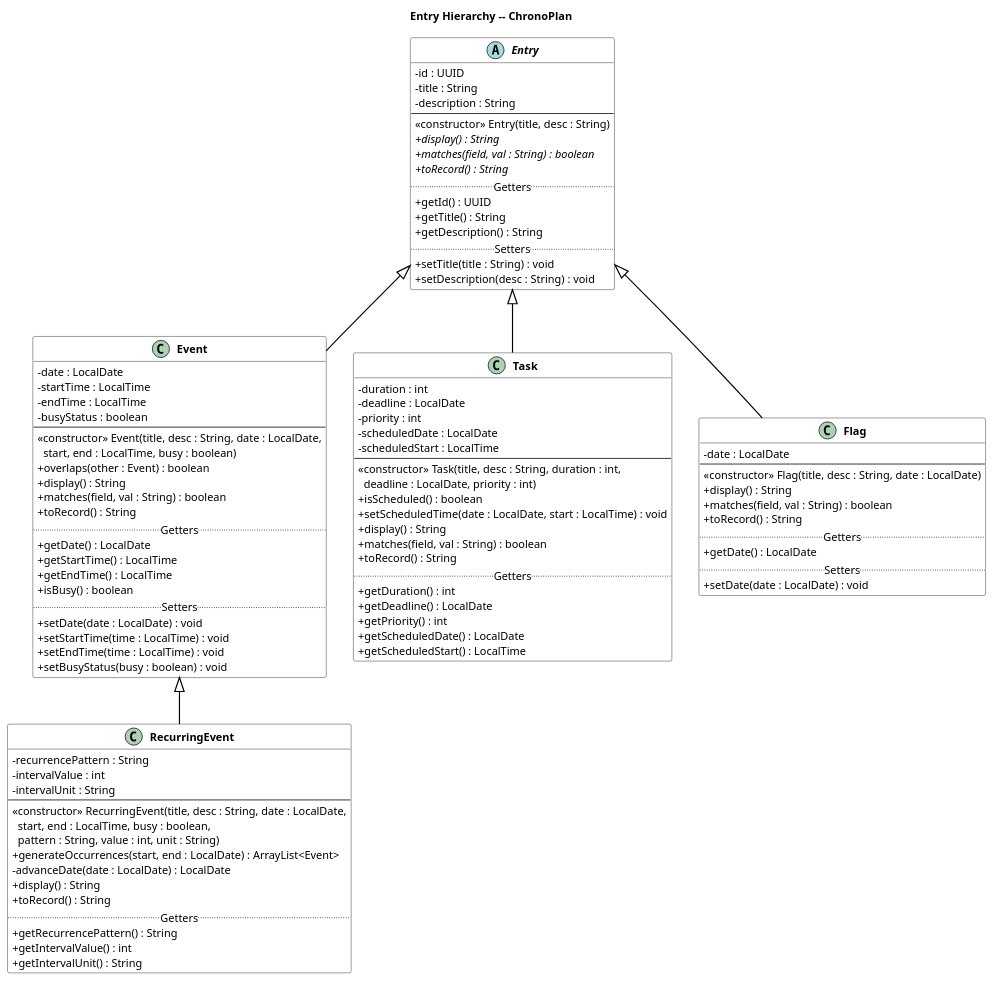
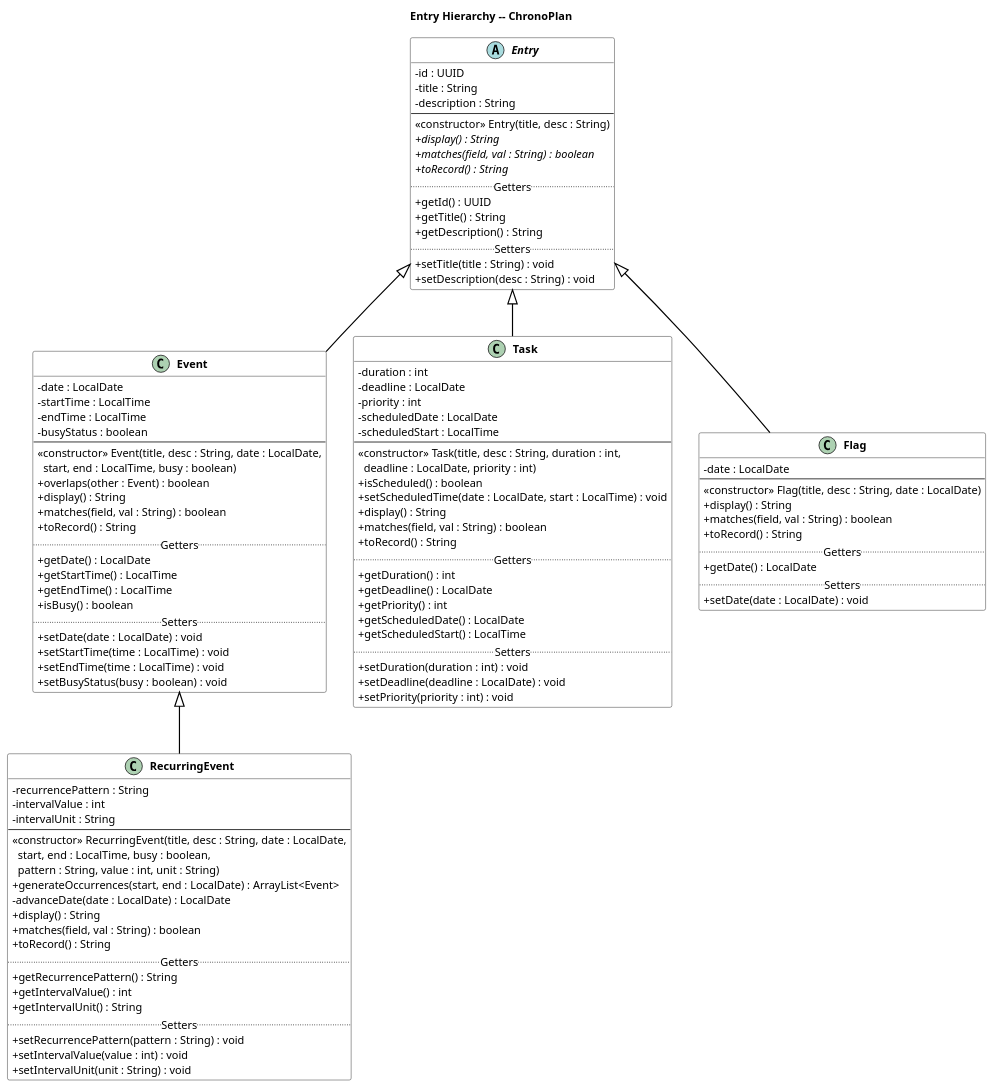
One commit to jsdavis17/CalendarV1 changed the diagram in src/dev/davisj/CalendarV1/EntryHierarchy.puml. Above: the diagram before and after it, drawn with PlantUML. The commit also changed 45 other files, not shown here.

```diff
--- a/src/dev/davisj/CalendarV1/EntryHierarchy.puml
+++ b/src/dev/davisj/CalendarV1/EntryHierarchy.puml
@@ -1,109 +1,118 @@
 @startuml EntryHierarchy
 
 title Entry Hierarchy -- ChronoPlan
 
 skinparam classAttributeIconSize 0
 skinparam classFontStyle Bold
 skinparam classHeaderBackgroundColor #D0D8E4
 skinparam classBorderColor #000000
 skinparam classBackgroundColor #FFFFFF
 skinparam arrowColor #000000
 skinparam arrowThickness 1.5
 
 abstract class Entry {
   - id : UUID
   - title : String
   - description : String
   --
   <<constructor>> Entry(title, desc : String)
   + {abstract} display() : String
   + {abstract} matches(field, val : String) : boolean
   + {abstract} toRecord() : String
   ..Getters..
   + getId() : UUID
   + getTitle() : String
   + getDescription() : String
   ..Setters..
   + setTitle(title : String) : void
   + setDescription(desc : String) : void
 }
 
 class Event {
   - date : LocalDate
   - startTime : LocalTime
   - endTime : LocalTime
   - busyStatus : boolean
   --
   <<constructor>> Event(title, desc : String, date : LocalDate,\n  start, end : LocalTime, busy : boolean)
   + overlaps(other : Event) : boolean
   + display() : String
   + matches(field, val : String) : boolean
   + toRecord() : String
   ..Getters..
   + getDate() : LocalDate
   + getStartTime() : LocalTime
   + getEndTime() : LocalTime
   + isBusy() : boolean
   ..Setters..
   + setDate(date : LocalDate) : void
   + setStartTime(time : LocalTime) : void
   + setEndTime(time : LocalTime) : void
   + setBusyStatus(busy : boolean) : void
 }
 
 class Task {
   - duration : int
   - deadline : LocalDate
   - priority : int
   - scheduledDate : LocalDate
   - scheduledStart : LocalTime
   --
   <<constructor>> Task(title, desc : String, duration : int,\n  deadline : LocalDate, priority : int)
   + isScheduled() : boolean
   + setScheduledTime(date : LocalDate, start : LocalTime) : void
   + display() : String
   + matches(field, val : String) : boolean
   + toRecord() : String
   ..Getters..
   + getDuration() : int
   + getDeadline() : LocalDate
   + getPriority() : int
   + getScheduledDate() : LocalDate
   + getScheduledStart() : LocalTime
+  ..Setters..
+  + setDuration(duration : int) : void
+  + setDeadline(deadline : LocalDate) : void
+  + setPriority(priority : int) : void
 }
 
 class Flag {
   - date : LocalDate
   --
   <<constructor>> Flag(title, desc : String, date : LocalDate)
   + display() : String
   + matches(field, val : String) : boolean
   + toRecord() : String
   ..Getters..
   + getDate() : LocalDate
   ..Setters..
   + setDate(date : LocalDate) : void
 }
 
 class RecurringEvent {
   - recurrencePattern : String
   - intervalValue : int
   - intervalUnit : String
   --
   <<constructor>> RecurringEvent(title, desc : String, date : LocalDate,\n  start, end : LocalTime, busy : boolean,\n  pattern : String, value : int, unit : String)
   + generateOccurrences(start, end : LocalDate) : ArrayList<Event>
   - advanceDate(date : LocalDate) : LocalDate
   + display() : String
+  + matches(field, val : String) : boolean
   + toRecord() : String
   ..Getters..
   + getRecurrencePattern() : String
   + getIntervalValue() : int
   + getIntervalUnit() : String
+  ..Setters..
+  + setRecurrencePattern(pattern : String) : void
+  + setIntervalValue(value : int) : void
+  + setIntervalUnit(unit : String) : void
 }
 
 Entry <|-- Event
 Entry <|-- Task
 Entry <|-- Flag
 Event <|-- RecurringEvent
 
 @enduml
```
